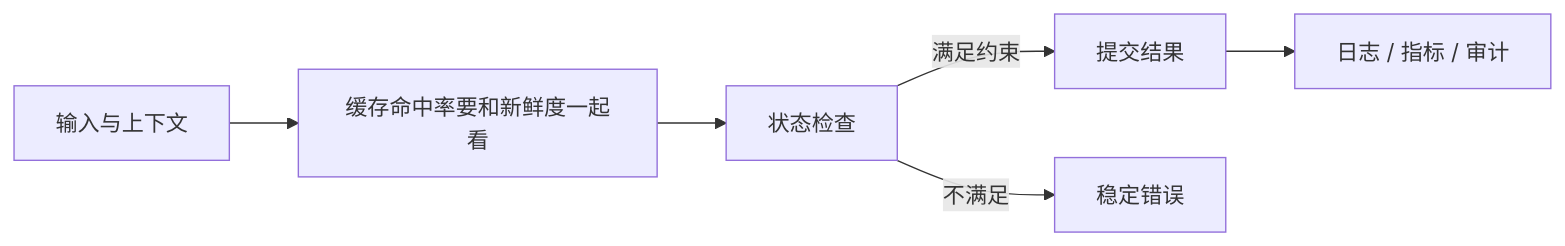
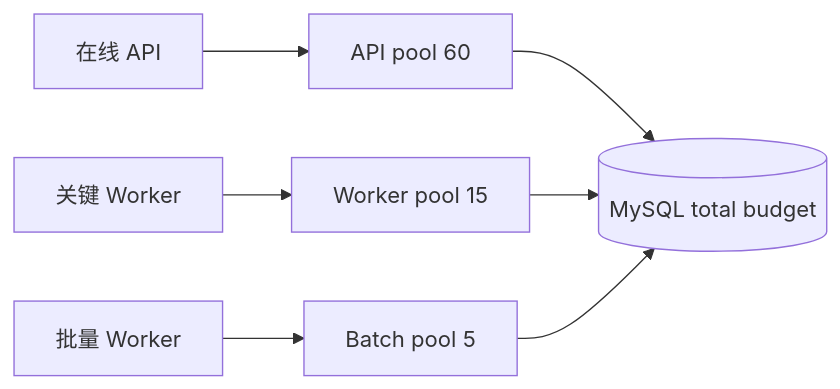
Before and after one commit to upJiang/jiang-blog-vitepress: the diagram in docs/backend/cache-async-pool-performance.md, drawn with Mermaid. The commit also changed other lines of this file and 341 other files, not shown here.

````diff
--- a/docs/backend/cache-async-pool-performance.md
+++ b/docs/backend/cache-async-pool-performance.md
@@ -34,8 +71,9 @@
 ```mermaid
 flowchart LR
-  A[输入与上下文] --> B[缓存命中率要和新鲜度一起看]
-  B --> C[状态检查]
-  C -->|满足约束| D[提交结果]
-  C -->|不满足| E[稳定错误]
-  D --> F[日志 / 指标 / 审计]
+  API[在线 API] --> AP[API pool 60]
+  W1[关键 Worker] --> WP1[Worker pool 15]
+  W2[批量 Worker] --> WP2[Batch pool 5]
+  AP --> DB[(MySQL total budget)]
+  WP1 --> DB
+  WP2 --> DB
 ```
````
